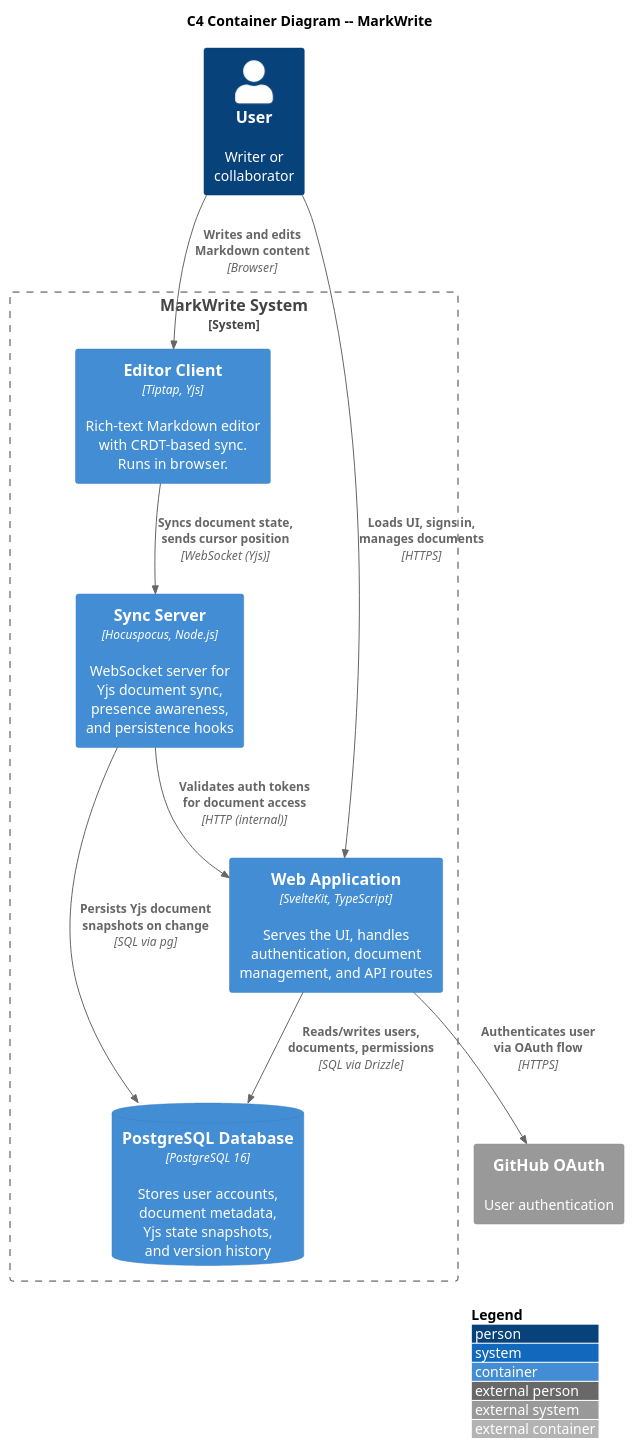
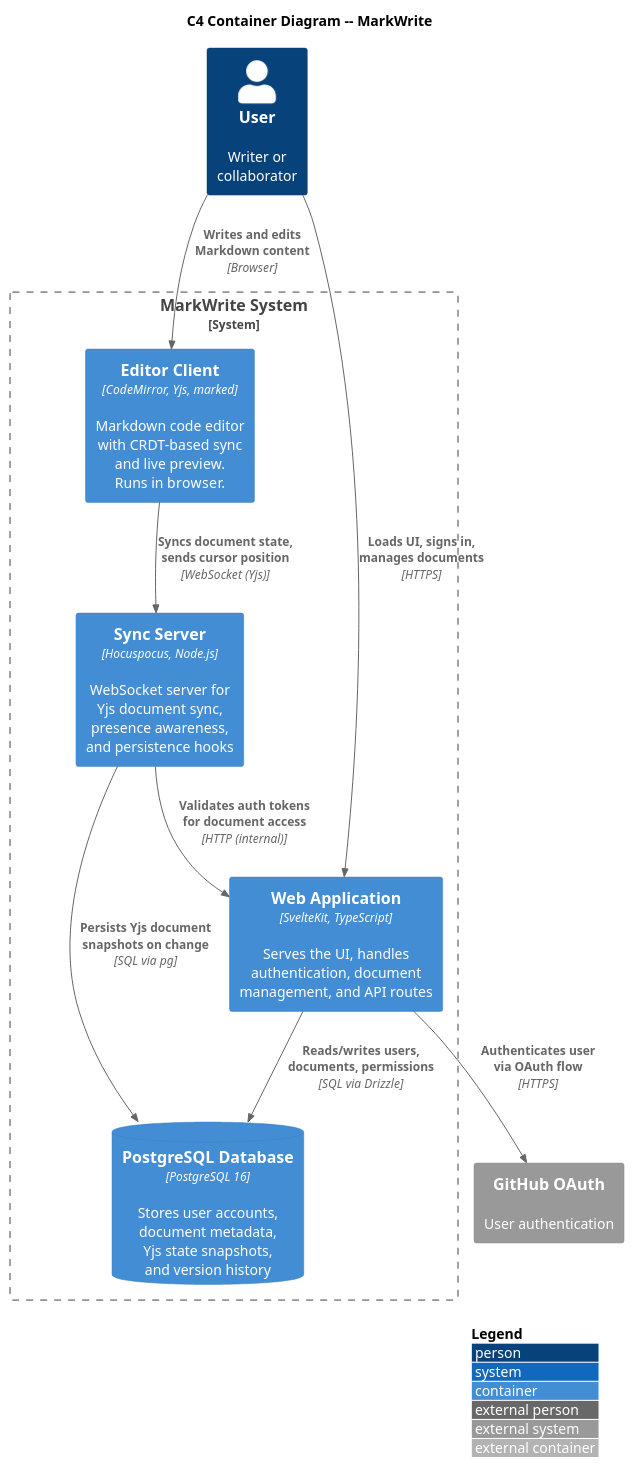
The diagram in docs/diagrams/c4_container.puml (AuraEG/markwrite), drawn with PlantUML before and after one commit. The commit also changed 2 other files, not shown here.

Commit message:
docs: update tech stack from Tiptap to CodeMirror
- Update project-spec.md with CodeMirror + marked stack
- Update C4 diagrams to reflect new editor architecture
- Update data flow documentation for current implementation

```diff
--- a/docs/diagrams/c4_container.puml
+++ b/docs/diagrams/c4_container.puml
@@ -1,33 +1,33 @@
 @startuml C4_Container
 !include https://raw.githubusercontent.com/plantuml-stdlib/C4-PlantUML/master/C4_Container.puml
 
 LAYOUT_WITH_LEGEND()
 
 title C4 Container Diagram -- MarkWrite
 
 Person(user, "User", "Writer or\ncollaborator")
 
 System_Boundary(markwrite, "MarkWrite System") {
 
     Container(web_app, "Web Application", "SvelteKit, TypeScript", "Serves the UI, handles\nauthentication, document\nmanagement, and API routes")
 
-    Container(editor, "Editor Client", "Tiptap, Yjs", "Rich-text Markdown editor\nwith CRDT-based sync.\nRuns in browser.")
+    Container(editor, "Editor Client", "CodeMirror, Yjs, marked", "Markdown code editor\nwith CRDT-based sync\nand live preview.\nRuns in browser.")
 
     Container(sync_server, "Sync Server", "Hocuspocus, Node.js", "WebSocket server for\nYjs document sync,\npresence awareness,\nand persistence hooks")
 
     ContainerDb(database, "PostgreSQL Database", "PostgreSQL 16", "Stores user accounts,\ndocument metadata,\nYjs state snapshots,\nand version history")
 
 }
 
 System_Ext(github_oauth, "GitHub OAuth", "User authentication")
 
 ' --- Relationships ---
 Rel(user, web_app, "Loads UI, signs in,\nmanages documents", "HTTPS")
 Rel(user, editor, "Writes and edits\nMarkdown content", "Browser")
 Rel(editor, sync_server, "Syncs document state,\nsends cursor position", "WebSocket (Yjs)")
 Rel(web_app, database, "Reads/writes users,\ndocuments, permissions", "SQL via Drizzle")
 Rel(sync_server, database, "Persists Yjs document\nsnapshots on change", "SQL via pg")
 Rel(web_app, github_oauth, "Authenticates user\nvia OAuth flow", "HTTPS")
 Rel(sync_server, web_app, "Validates auth tokens\nfor document access", "HTTP (internal)")
 
 @enduml
```
